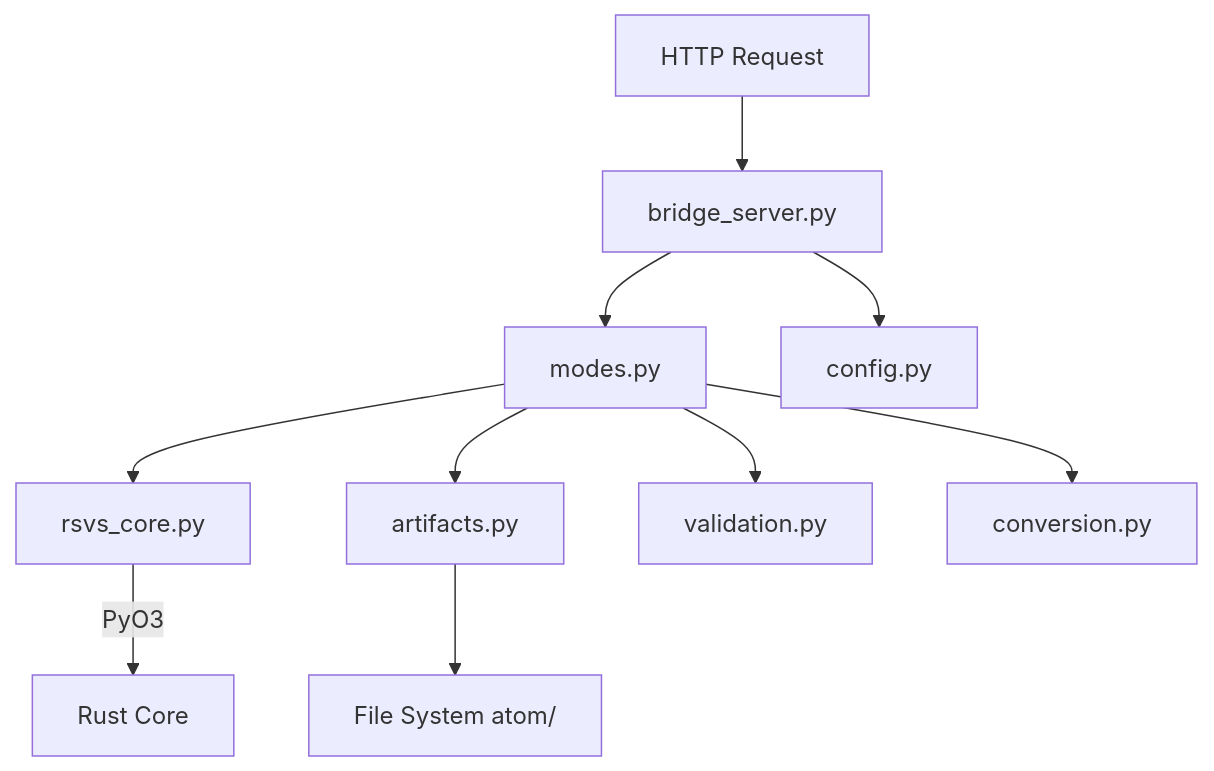
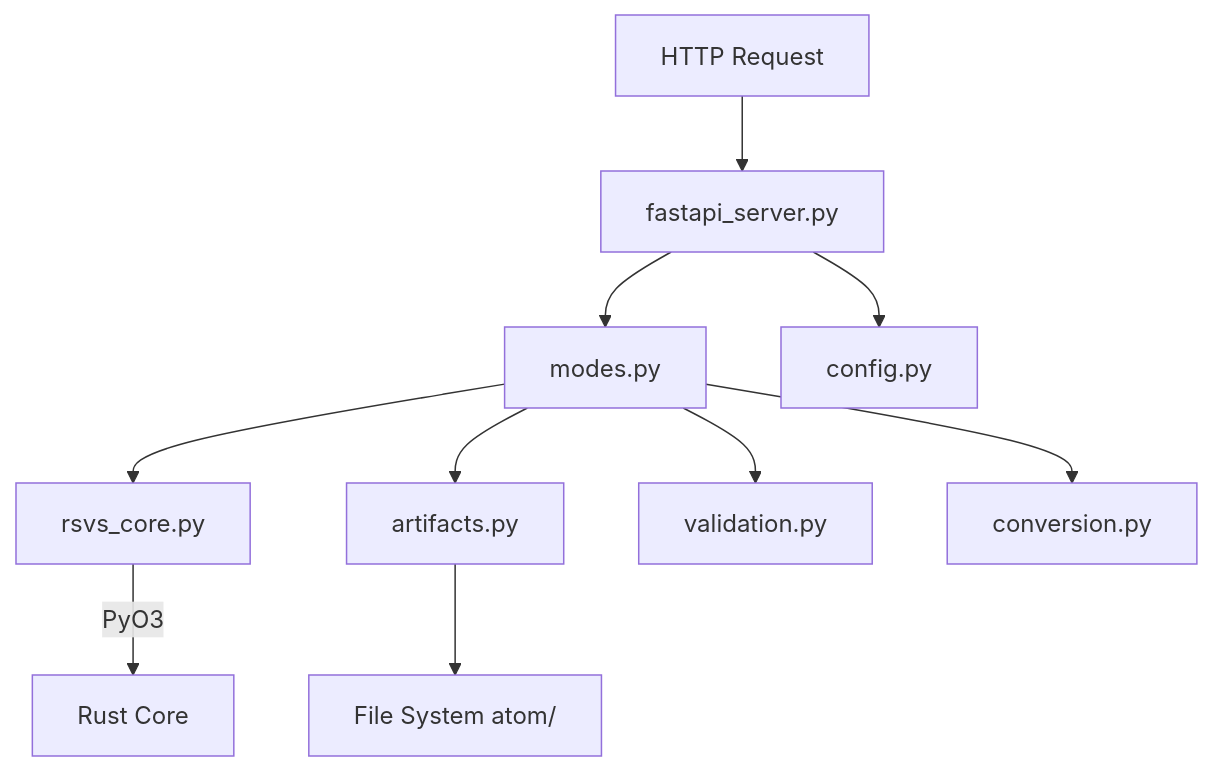
The eighth of 9 diagrams in docs/ARCHITECTURE.md (Wolfvin/AphantasicAbstractionModel), drawn with Mermaid before and after one commit. The commit also changed other lines of this file and 64 other files, not shown here.

````diff
--- a/docs/ARCHITECTURE.md
+++ b/docs/ARCHITECTURE.md
@@ -773,12 +773,12 @@
 ```mermaid
 graph TB
-    HTTP[HTTP Request] --> BS[bridge_server.py]
+    HTTP[HTTP Request] --> BS[fastapi_server.py]
     BS --> MO[modes.py]
     MO --> RC[rsvs_core.py]
     RC -->|PyO3| Rust[Rust Core]
     MO --> AR[artifacts.py]
     MO --> VL[validation.py]
     MO --> CV[conversion.py]
     AR --> FS[File System atom/]
     BS --> CF[config.py]
 ```
````
